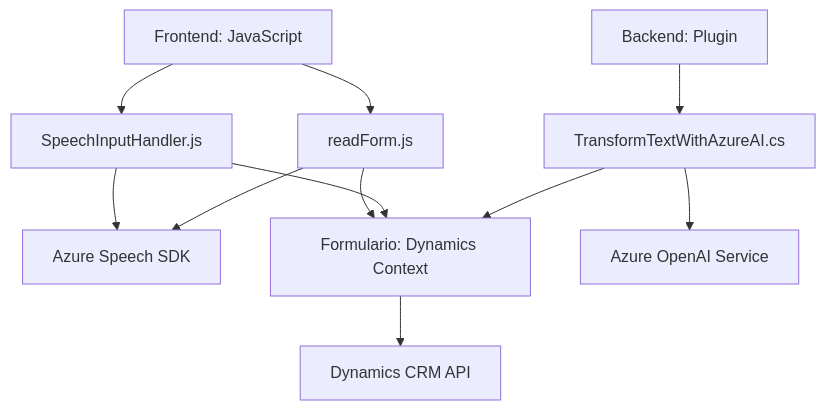
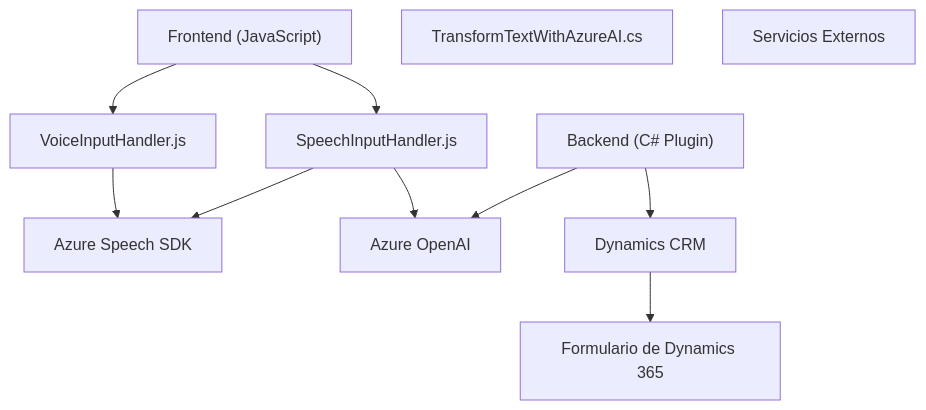
One commit to blopezdm/NETCORE_BILBAO2025 changed the diagram in README.md. Above: the diagram before and after it, drawn with Mermaid. The commit also changed other lines of this file, not shown here.

````diff
--- a/README.md
+++ b/README.md
@@ -38,14 +59,22 @@
 ```mermaid
 graph TD
-    A["Frontend: JavaScript"] --> B["SpeechInputHandler.js"]
-    A --> C["readForm.js"]
-    B --> D["Azure Speech SDK"]
-    C --> D
-    C --> E["Formulario: Dynamics Context"]
-    B --> E
-
-    F["Backend: Plugin"] --> G["TransformTextWithAzureAI.cs"]
-    G --> H["Azure OpenAI Service"]
-    G --> E
-    E --> I["Dynamics CRM API"]
+    A["Frontend (JavaScript)"]
+    A1["VoiceInputHandler.js"]
+    A2["SpeechInputHandler.js"]
+    B["Backend (C# Plugin)"]
+    B1["TransformTextWithAzureAI.cs"]
+    C["Servicios Externos"]
+    C1["Azure Speech SDK"]
+    C2["Azure OpenAI"]
+    D["Dynamics CRM"]
+    E1["Formulario de Dynamics 365"]
+    
+    A --> A1
+    A --> A2
+    A1 --> C1
+    A2 --> C1
+    A2 --> C2
+    B --> D
+    B --> C2
+    D --> E1
 ```
````
